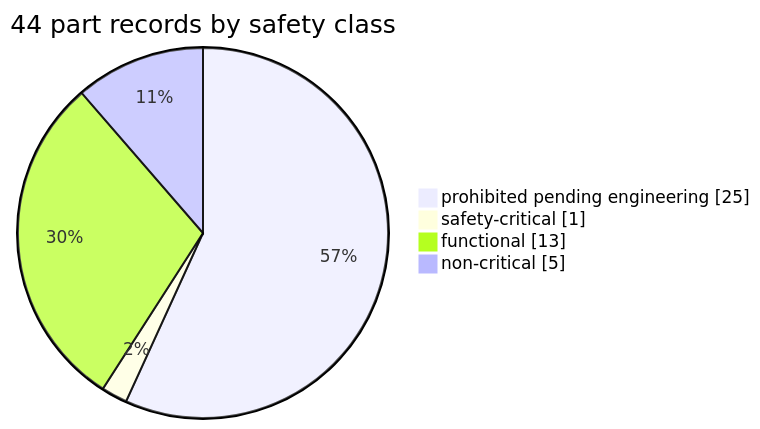
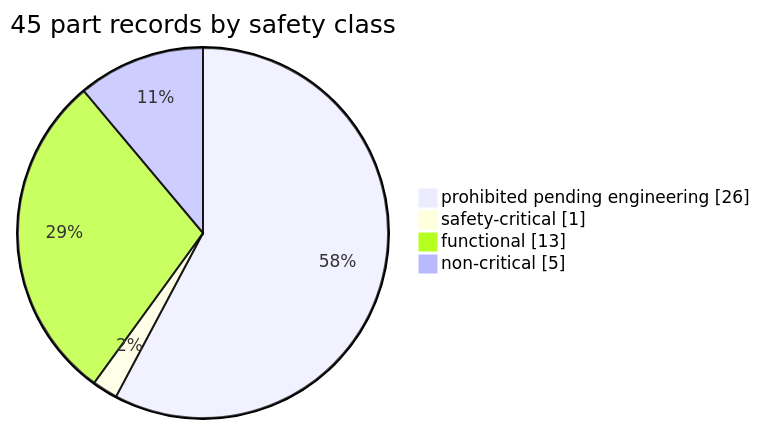
The third of 5 diagrams in docs/ENGINEERING_OVERVIEW.md (cluster2600/porscheparts), drawn with Mermaid before and after one commit. The commit also changed other lines of this file and 51 other files, not shown here.

````diff
--- a/docs/ENGINEERING_OVERVIEW.md
+++ b/docs/ENGINEERING_OVERVIEW.md
@@ -536,7 +537,7 @@
 ```mermaid
-pie showData title 44 part records by safety class
-    "prohibited pending engineering" : 25
+pie showData title 45 part records by safety class
+    "prohibited pending engineering" : 26
     "safety-critical" : 1
     "functional" : 13
     "non-critical" : 5
 ```
````
